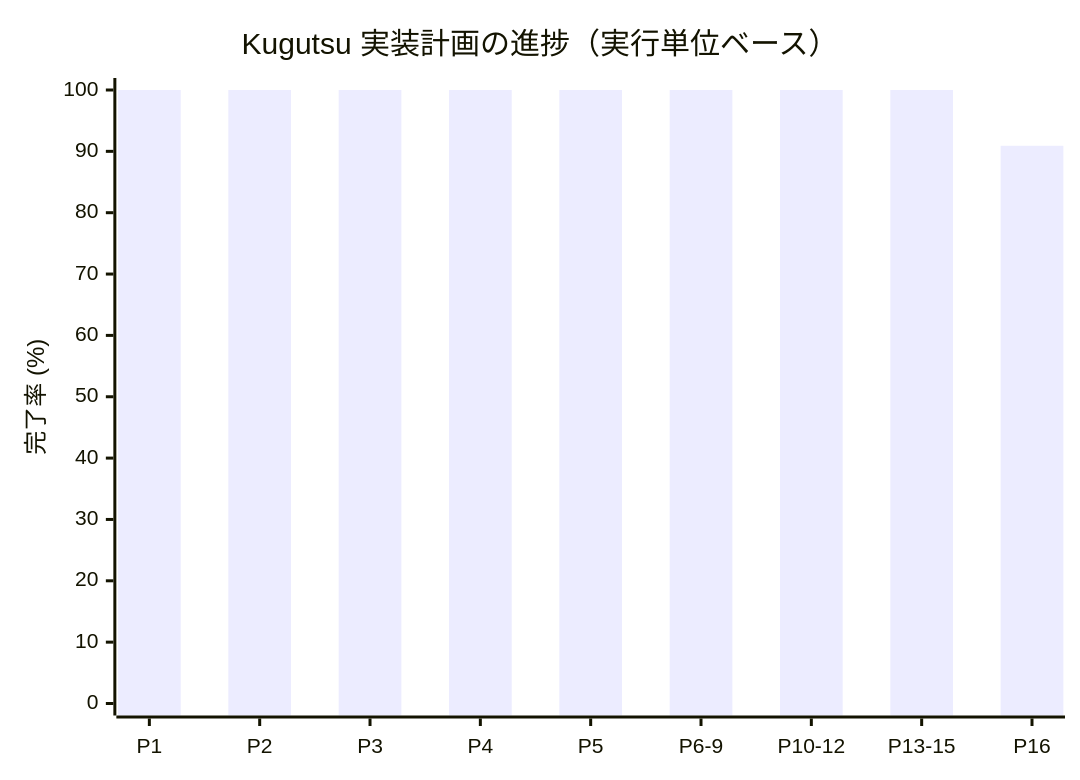
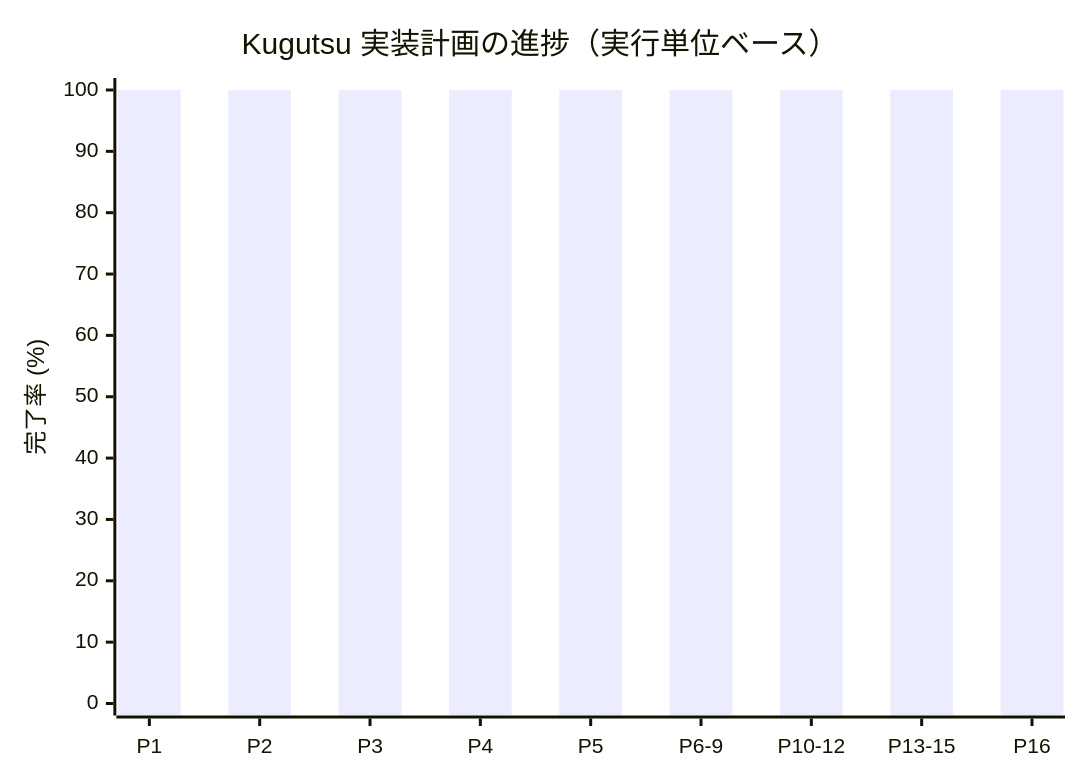
One commit to katsushoe/Kugutsu changed the diagram in PROGRESS.md. Above: the diagram before and after it, drawn with Mermaid. The commit also changed other lines of this file and 12 other files, not shown here.

````diff
--- a/PROGRESS.md
+++ b/PROGRESS.md
@@ -28,7 +28,7 @@
 ```mermaid
 xychart-beta
     title "Kugutsu 実装計画の進捗（実行単位ベース）"
     x-axis [P1, P2, P3, P4, P5, P6-9, P10-12, P13-15, P16]
     y-axis "完了率 (%)" 0 --> 100
-    bar [100, 100, 100, 100, 100, 100.00, 100.00, 100.00, 90.91]
+    bar [100, 100, 100, 100, 100, 100.00, 100.00, 100.00, 100.00]
 ```
````
